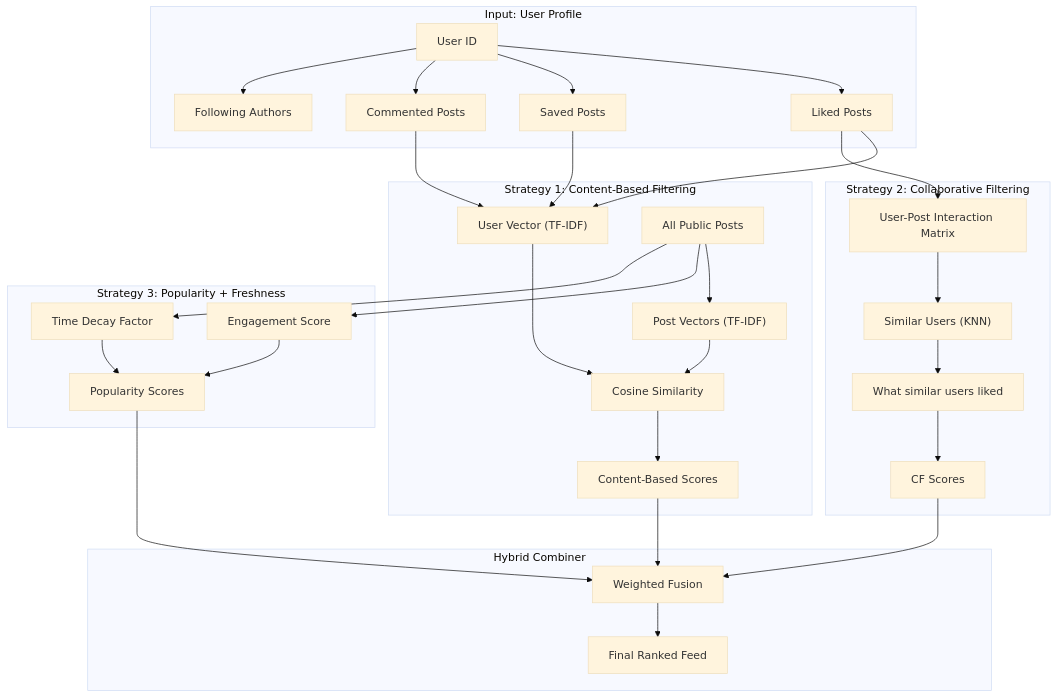
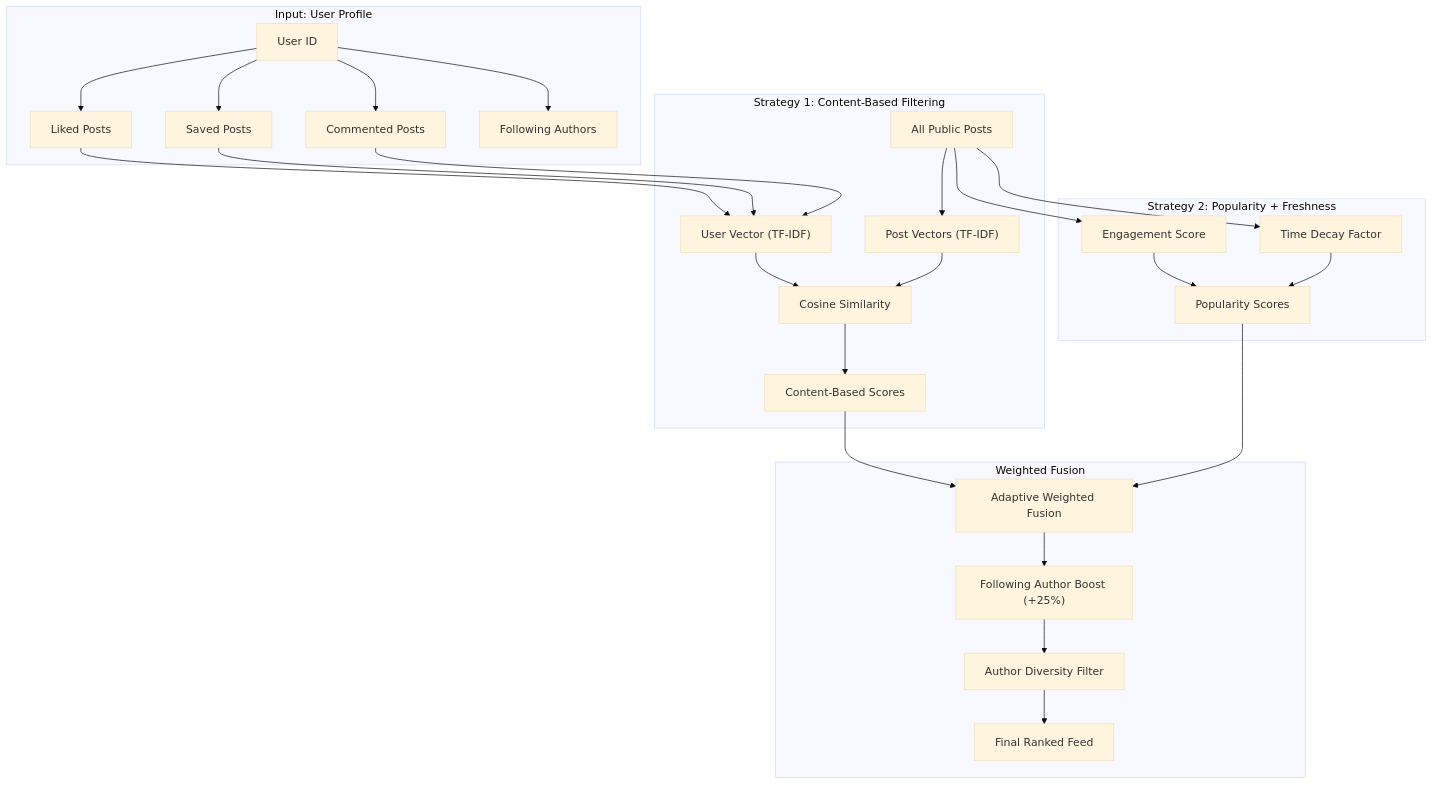
One commit to ThienBinhT9/New-Trendify changed the third of 4 diagrams in docs/ai_plan.md. Above: the diagram before and after it, drawn with Mermaid (base theme). The commit also changed other lines of this file and 29 other files, not shown here.

Commit message:
feat: implement ForYou feed usecase and refactor AI recommendation engine to content-based filtering

````diff
--- a/docs/ai_plan.md
+++ b/docs/ai_plan.md
@@ -257,37 +117,31 @@
 ```mermaid
 graph TB
     subgraph "Input: User Profile"
         UP[User ID] --> UH[Liked Posts]
         UP --> US[Saved Posts]
         UP --> UC[Commented Posts]
         UP --> UF[Following Authors]
     end
 
     subgraph "Strategy 1: Content-Based Filtering"
         UH & US & UC --> UV["User Vector (TF-IDF)"]
         UV --> CS["Cosine Similarity"]
         DB["All Public Posts"] --> PV["Post Vectors (TF-IDF)"]
         PV --> CS
         CS --> CB_SCORES["Content-Based Scores"]
     end
 
-    subgraph "Strategy 2: Collaborative Filtering"
-        UH --> CF_MATRIX["User-Post Interaction Matrix"]
-        CF_MATRIX --> CO_USERS["Similar Users (KNN)"]
-        CO_USERS --> CF_POSTS["What similar users liked"]
-        CF_POSTS --> CF_SCORES["CF Scores"]
-    end
-
-    subgraph "Strategy 3: Popularity + Freshness"
+    subgraph "Strategy 2: Popularity + Freshness"
         DB --> POP["Engagement Score"]
         DB --> FRESH["Time Decay Factor"]
         POP & FRESH --> PF_SCORES["Popularity Scores"]
     end
 
-    subgraph "Hybrid Combiner"
-        CB_SCORES --> COMBINE["Weighted Fusion"]
-        CF_SCORES --> COMBINE
+    subgraph "Weighted Fusion"
+        CB_SCORES --> COMBINE["Adaptive Weighted Fusion"]
         PF_SCORES --> COMBINE
-        COMBINE --> FINAL["Final Ranked Feed"]
+        COMBINE --> FOLLOW_BOOST["Following Author Boost (+25%)"]
+        FOLLOW_BOOST --> DIVERSITY["Author Diversity Filter"]
+        DIVERSITY --> FINAL["Final Ranked Feed"]
     end
 ```
````
